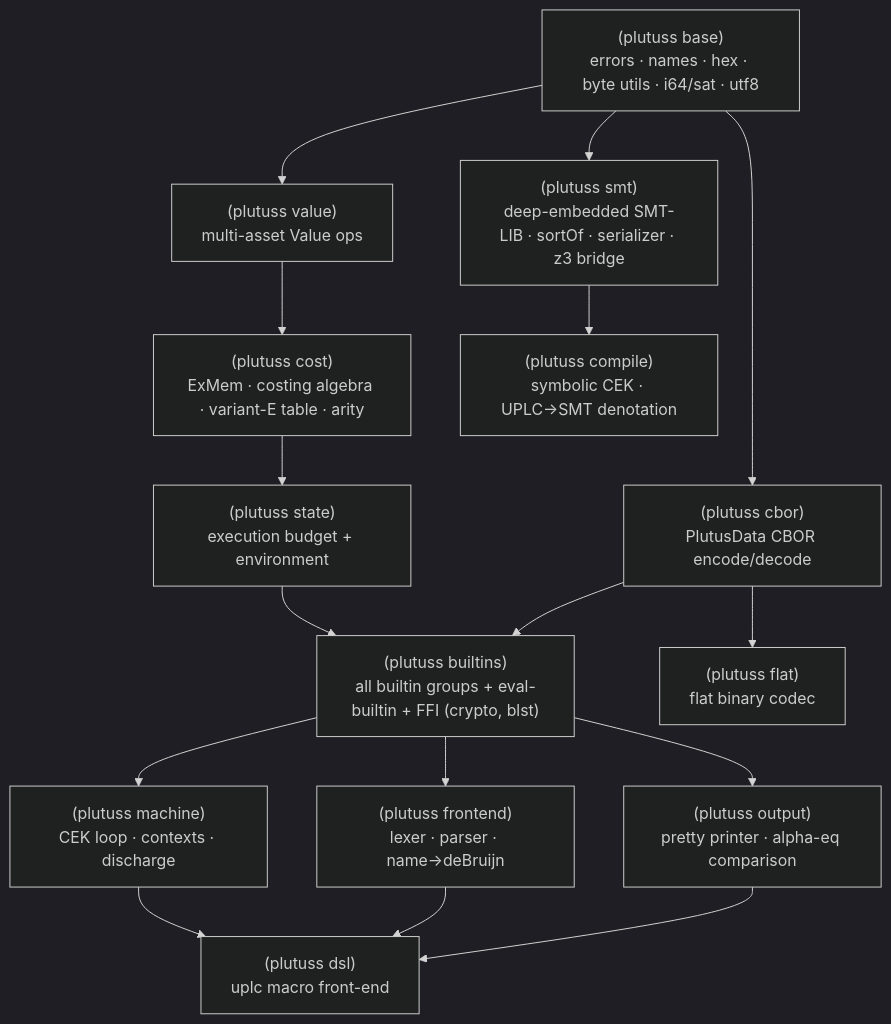
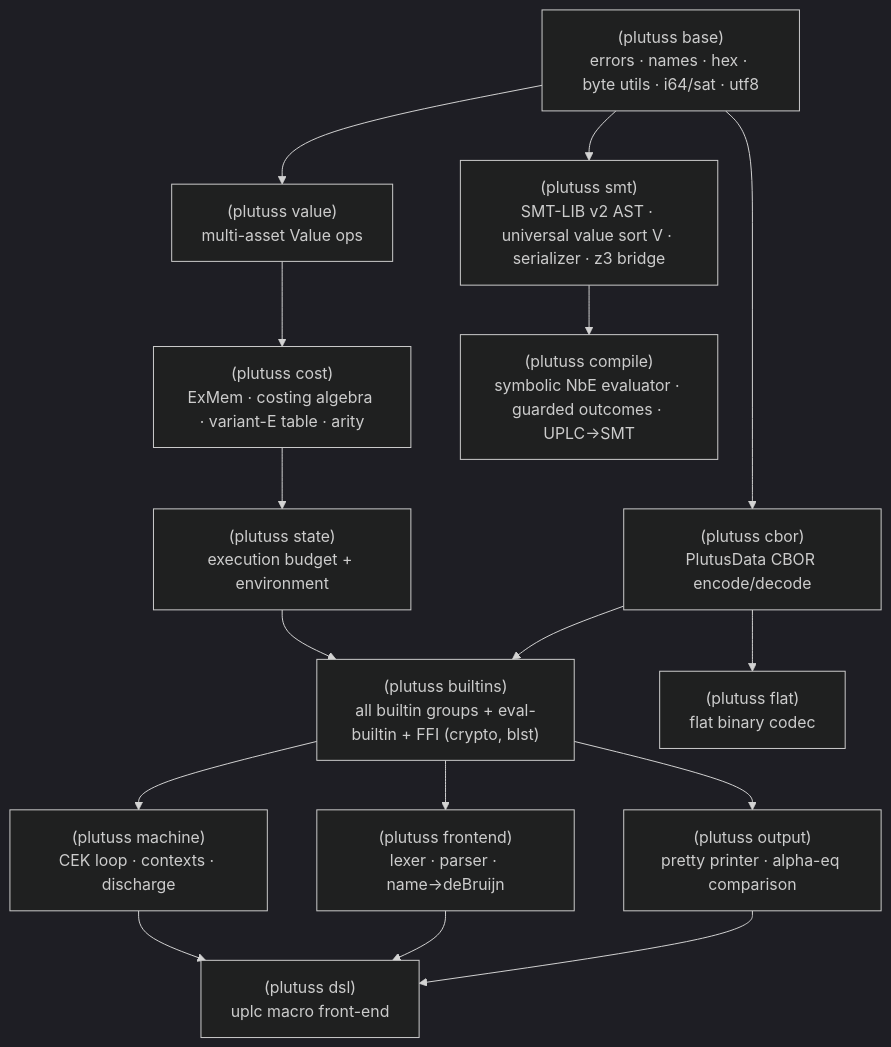
Before and after one commit to SeungheonOh/plutuss: the second of 2 diagrams in README.md, drawn with Mermaid (dark theme). The commit also changed other lines of this file and 10 other files, not shown here.

Commit message:
Port symbolic compiler to Moist SMT model

````diff
--- a/README.md
+++ b/README.md
@@ -293,23 +279,23 @@
 ```mermaid
 flowchart TB
   base["(plutuss base)<br/>errors · names · hex · byte utils · i64/sat · utf8"]
   value["(plutuss value)<br/>multi-asset Value ops"]
   cbor["(plutuss cbor)<br/>PlutusData CBOR encode/decode"]
   cost["(plutuss cost)<br/>ExMem · costing algebra · variant-E table · arity"]
   state["(plutuss state)<br/>execution budget + environment"]
   builtins["(plutuss builtins)<br/>all builtin groups + eval-builtin + FFI (crypto, blst)"]
   machine["(plutuss machine)<br/>CEK loop · contexts · discharge"]
   frontend["(plutuss frontend)<br/>lexer · parser · name→deBruijn"]
   output["(plutuss output)<br/>pretty printer · alpha-eq comparison"]
   flat["(plutuss flat)<br/>flat binary codec"]
   dsl["(plutuss dsl)<br/>uplc macro front-end"]
-  smt["(plutuss smt)<br/>deep-embedded SMT-LIB · sortOf · serializer · z3 bridge"]
-  compile["(plutuss compile)<br/>symbolic CEK · UPLC→SMT denotation"]
+  smt["(plutuss smt)<br/>SMT-LIB v2 AST · universal value sort V · serializer · z3 bridge"]
+  compile["(plutuss compile)<br/>symbolic NbE evaluator · guarded outcomes · UPLC→SMT"]
 
   base --> value --> cost --> state --> builtins --> machine --> dsl
   base --> cbor --> builtins
   builtins --> frontend --> dsl
   builtins --> output --> dsl
   cbor --> flat
   base --> smt --> compile
 ```
````
